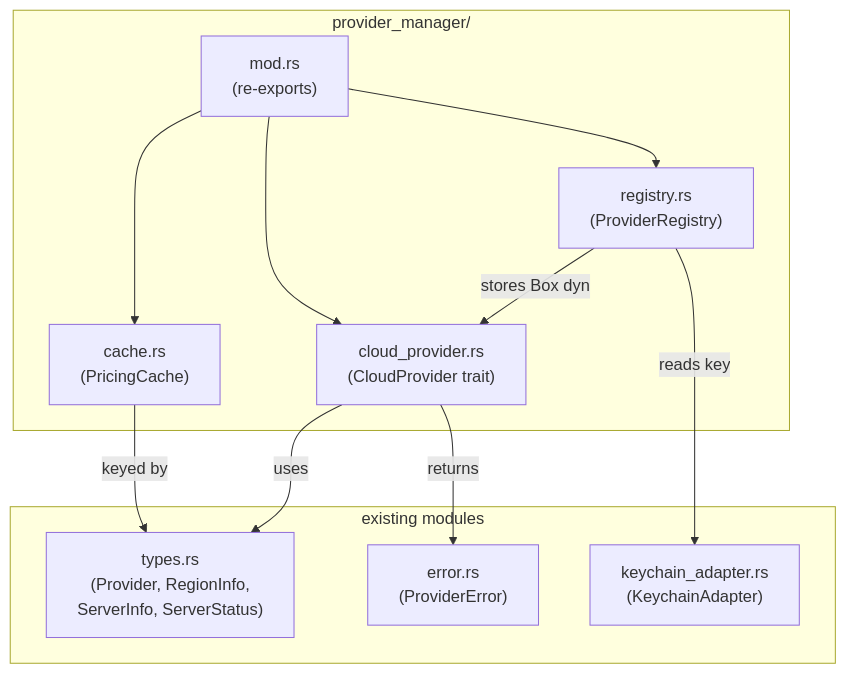
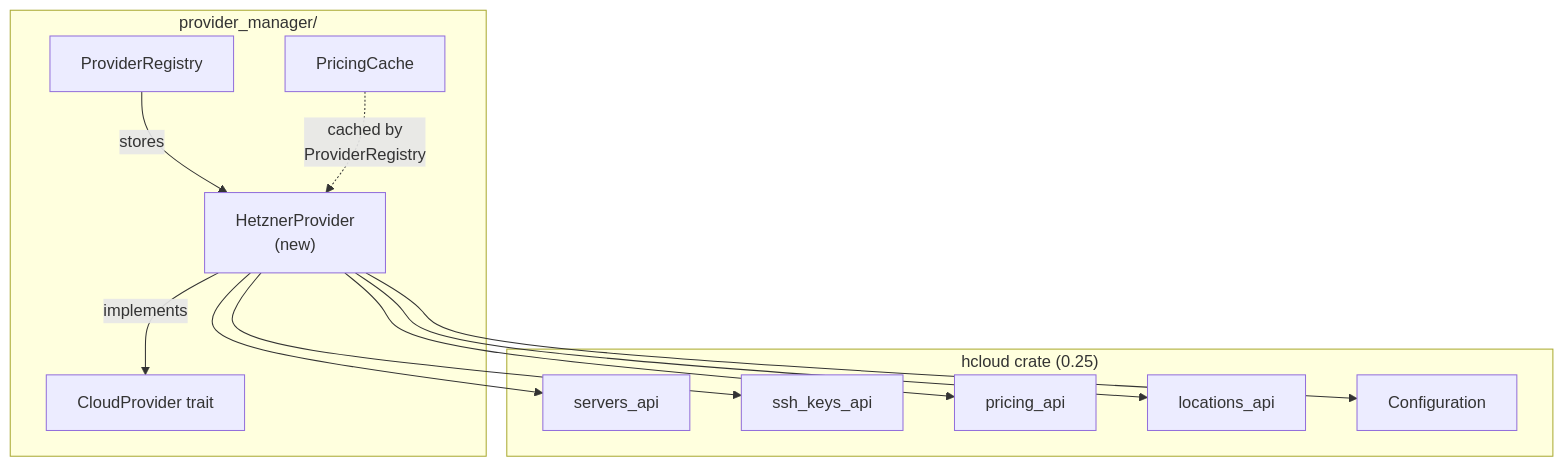
Before and after one commit to saemanas/oh-my-vpn: the diagram in PLAN.md, drawn with Mermaid. The commit also changed other lines of this file and 6 other files, not shown here.

First line of the commit message:
feat(provider): implement HetznerProvider with CloudProvider trait (#41)

````diff
--- a/PLAN.md
+++ b/PLAN.md
@@ -64,24 +73,26 @@
 ```mermaid
 flowchart TD
     subgraph provider_manager["provider_manager/"]
-        mod_rs["mod.rs<br/>(re-exports)"]
-        cloud_provider["cloud_provider.rs<br/>(CloudProvider trait)"]
-        registry["registry.rs<br/>(ProviderRegistry)"]
-        cache["cache.rs<br/>(PricingCache)"]
+        trait_cp["CloudProvider trait"]
+        registry["ProviderRegistry"]
+        cache["PricingCache"]
+        hetzner["HetznerProvider<br/>(new)"]
     end
 
-    subgraph existing["existing modules"]
-        types["types.rs<br/>(Provider, RegionInfo,<br/>ServerInfo, ServerStatus)"]
-        error["error.rs<br/>(ProviderError)"]
-        keychain["keychain_adapter.rs<br/>(KeychainAdapter)"]
+    subgraph hcloud_crate["hcloud crate (0.25)"]
+        servers["servers_api"]
+        ssh_keys["ssh_keys_api"]
+        pricing["pricing_api"]
+        locations["locations_api"]
+        config["Configuration"]
     end
 
-    cloud_provider -->|"uses"| types
-    cloud_provider -->|"returns"| error
-    registry -->|"stores Box dyn"| cloud_provider
-    registry -->|"reads key"| keychain
-    cache -->|"keyed by"| types
-    mod_rs --> cloud_provider
-    mod_rs --> registry
-    mod_rs --> cache
+    hetzner -->|implements| trait_cp
+    registry -->|stores| hetzner
+    hetzner --> config
+    hetzner --> servers
+    hetzner --> ssh_keys
+    hetzner --> pricing
+    hetzner --> locations
+    cache -.->|"cached by<br/>ProviderRegistry"| hetzner
 ```
````
